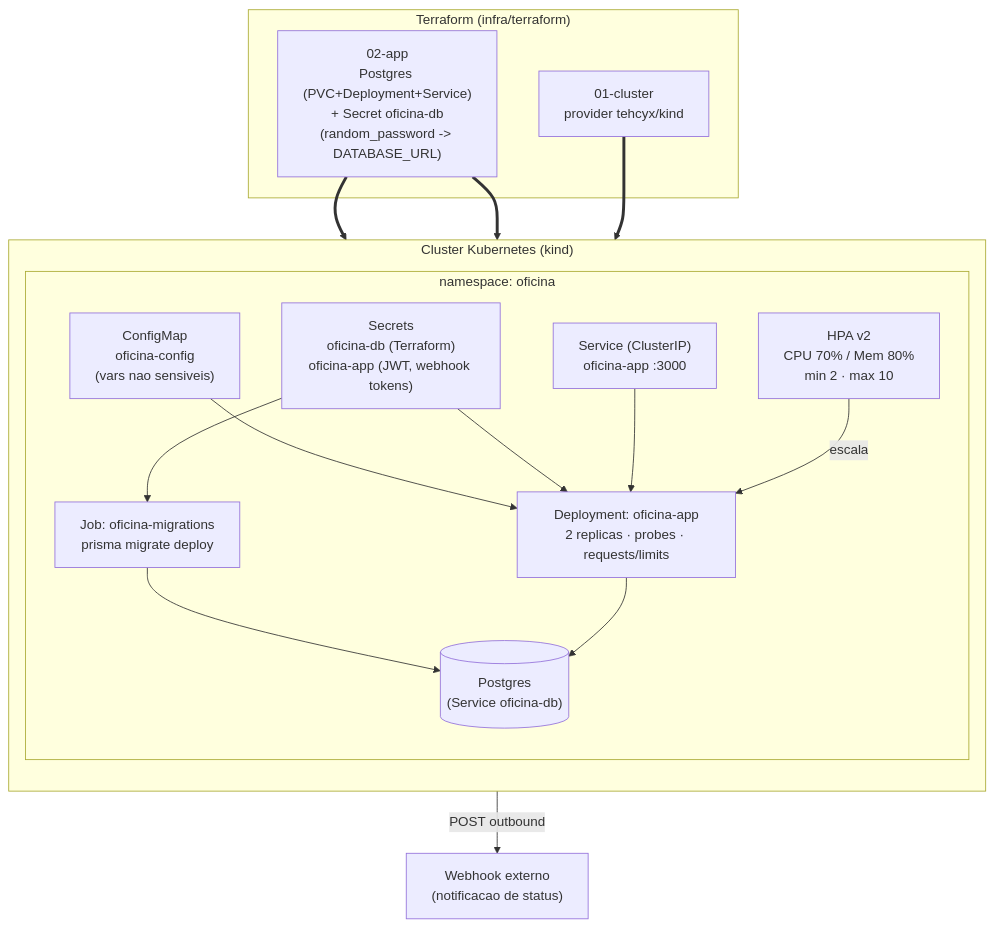
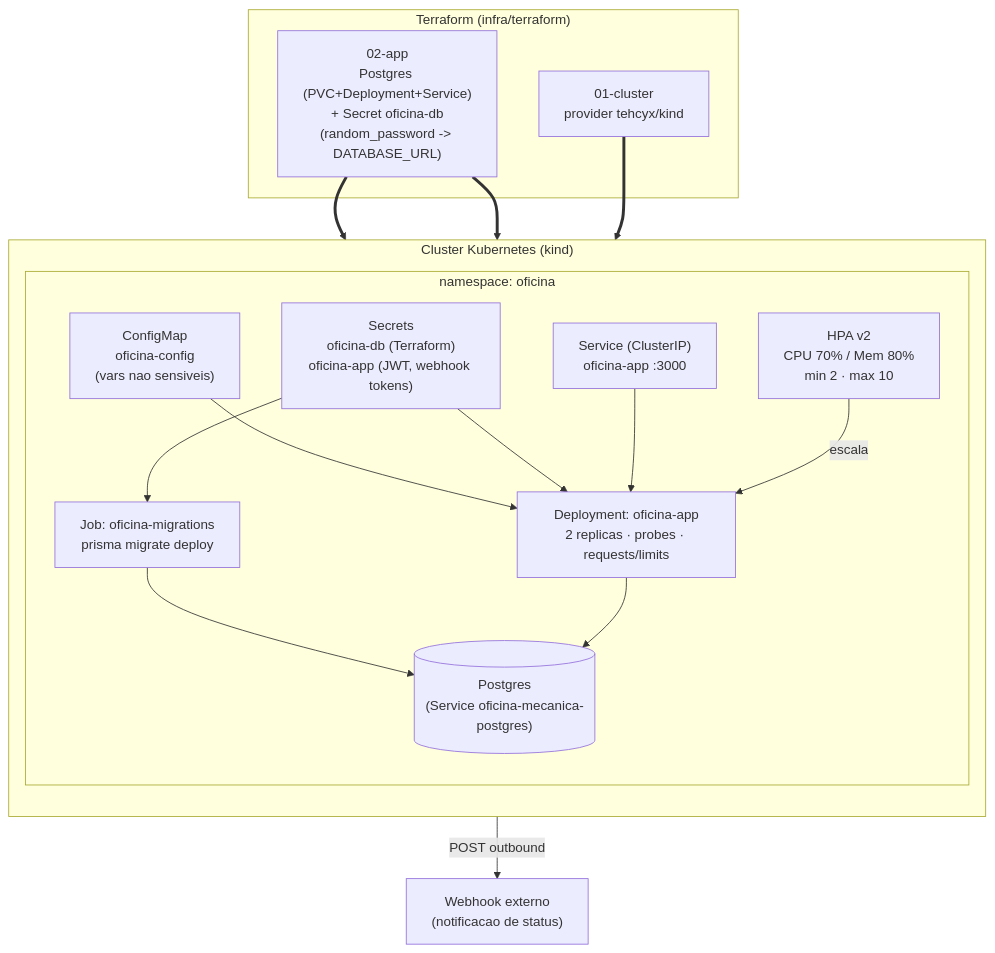
The second of 3 diagrams in docs/arquitetura/arquitetura-fase2.md (guilhermeqmaia/soat-fiap-oficina-mecanica-app), drawn with Mermaid before and after one commit. The commit also changed other lines of this file and 16 other files, not shown here.

````diff
--- a/docs/arquitetura/arquitetura-fase2.md
+++ b/docs/arquitetura/arquitetura-fase2.md
@@ -74,33 +78,33 @@
 ```mermaid
 flowchart TB
     subgraph TF["Terraform (infra/terraform)"]
         TF1["01-cluster<br/>provider tehcyx/kind"]
         TF2["02-app<br/>Postgres (PVC+Deployment+Service)<br/>+ Secret oficina-db<br/>(random_password -> DATABASE_URL)"]
     end
 
     TF1 ==> KIND
 
     subgraph KIND["Cluster Kubernetes (kind)"]
         direction TB
         subgraph NS["namespace: oficina"]
             CM["ConfigMap<br/>oficina-config<br/>(vars nao sensiveis)"]
             SEC["Secrets<br/>oficina-db (Terraform)<br/>oficina-app (JWT, webhook tokens)"]
             JOB["Job: oficina-migrations<br/>prisma migrate deploy"]
             DEP["Deployment: oficina-app<br/>2 replicas · probes · requests/limits"]
             SVC["Service (ClusterIP)<br/>oficina-app :3000"]
             HPA["HPA v2<br/>CPU 70% / Mem 80%<br/>min 2 · max 10"]
-            PG[("Postgres<br/>(Service oficina-db)")]
+            PG[("Postgres<br/>(Service oficina-mecanica-postgres)")]
         end
     end
 
     TF2 ==> PG
     TF2 ==> SEC
     CM --> DEP
     SEC --> DEP
     SEC --> JOB
     JOB --> PG
     DEP --> PG
     SVC --> DEP
     HPA -- escala --> DEP
     DEP -- POST outbound --> EXT["Webhook externo<br/>(notificacao de status)"]
 ```
````
